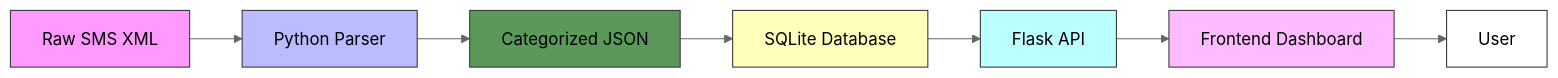
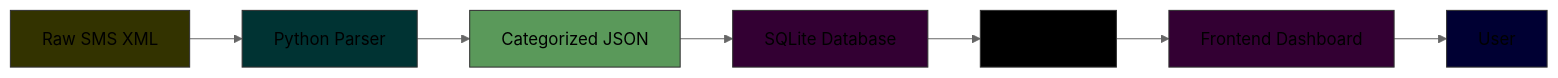
The diagram in README.md (H-levison/MoMo_Data_Analysis-Group_10), drawn with Mermaid (neutral theme) before and after one commit. The commit also changed other lines of this file and 1 other file, not shown here.

````diff
--- a/README.md
+++ b/README.md
@@ -83,16 +86,16 @@
 ```mermaid
 flowchart LR
     A[Raw SMS XML] --> B[Python Parser]
     B --> C[Categorized JSON]
     C --> D[SQLite Database]
     D --> E[Flask API]
     E --> F[Frontend Dashboard]
     F --> G[User]
-    style A fill:#f9f,stroke:#333,stroke-width:1px
-    style B fill:#bbf,stroke:#333,stroke-width:1px
+    style A fill:#333300,stroke:#333,stroke-width:1px
+    style B fill:#003333,stroke:#333,stroke-width:1px
     style C fill:#5a995a,stroke:#333,stroke-width:1px
-    style D fill:#ffb,stroke:#333,stroke-width:1px
-    style E fill:#bff,stroke:#333,stroke-width:1px
-    style F fill:#fbf,stroke:#333,stroke-width:1px
-    style G fill:#fff,stroke:#333,stroke-width:1px
+    style D fill:#330033,stroke:#333,stroke-width:1px
+    style E fill:#000000,stroke:#333,stroke-width:1px
+    style F fill:#330033,stroke:#333,stroke-width:1px
+    style G fill:#000033,stroke:#333,stroke-width:1px
 ```
````
